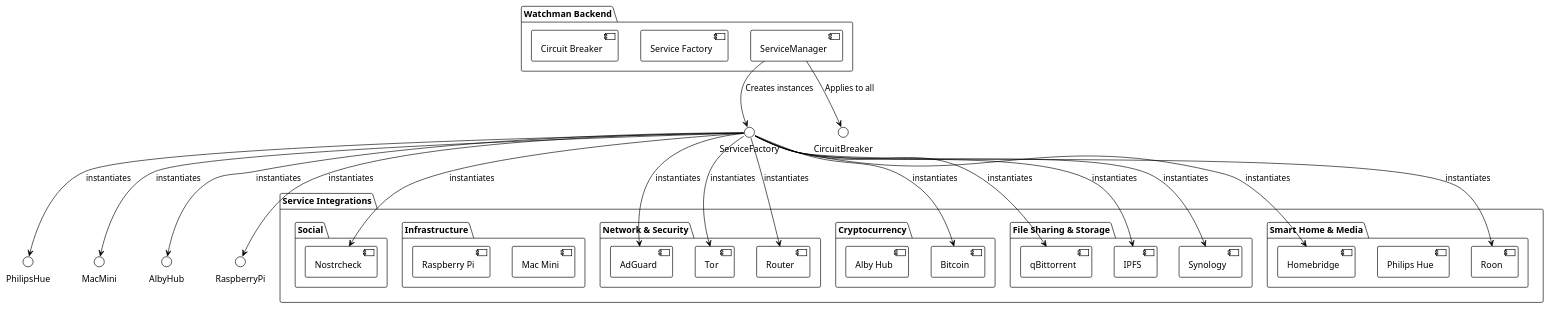
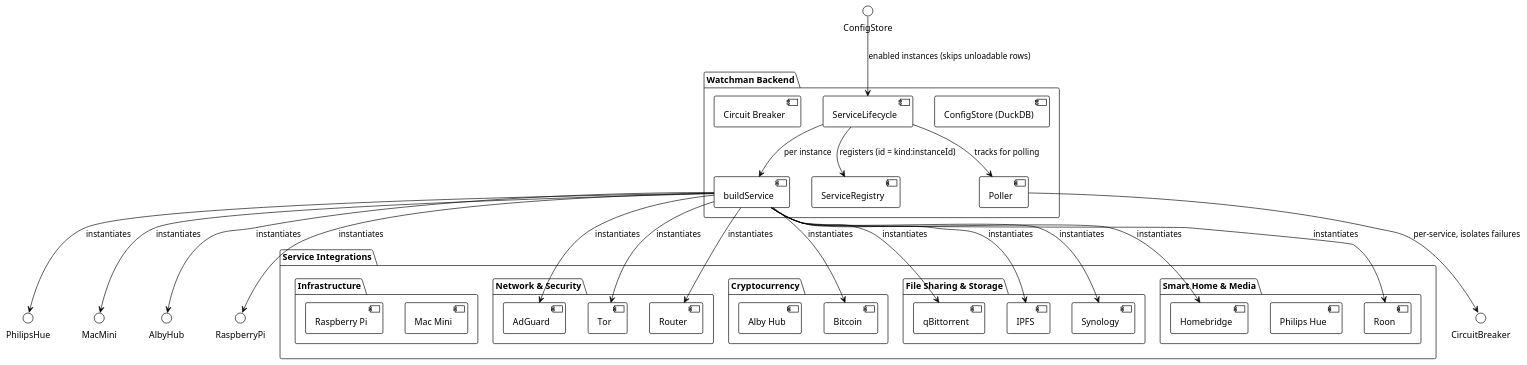
Before and after one commit to EraPartner/Watchman: the first of 3 diagrams in docs/integrations/index.md, drawn with PlantUML. The commit also changed other lines of this file and 30 other files, not shown here.

First line of the commit message:
docs: sync service integration, setup, and architecture docs with code

````diff
--- a/docs/integrations/index.md
+++ b/docs/integrations/index.md
@@ -75,63 +90,64 @@
 ```plantuml
 @startuml
 !theme plain
 
 package "Watchman Backend" {
-    [ServiceManager]
-    [Service Factory]
+    [ConfigStore (DuckDB)]
+    [ServiceLifecycle]
+    [buildService]
+    [ServiceRegistry]
+    [Poller]
     [Circuit Breaker]
 }
 
 package "Service Integrations" {
     package "Network & Security" {
         [AdGuard]
         [Tor]
         [Router]
     }
 
     package "Cryptocurrency" {
         [Bitcoin]
         [Alby Hub]
     }
 
     package "File Sharing & Storage" {
         [qBittorrent]
         [IPFS]
         [Synology]
     }
 
     package "Smart Home & Media" {
         [Homebridge]
         [Philips Hue]
         [Roon]
     }
 
     package "Infrastructure" {
         [Mac Mini]
         [Raspberry Pi]
     }
-
-    package "Social" {
-        [Nostrcheck]
-    }
 }
 
-ServiceManager --> ServiceFactory : Creates instances
-ServiceFactory --> AdGuard : instantiates
-ServiceFactory --> Bitcoin : instantiates
-ServiceFactory --> Tor : instantiates
-ServiceFactory --> qBittorrent : instantiates
-ServiceFactory --> IPFS : instantiates
-ServiceFactory --> Synology : instantiates
-ServiceFactory --> Roon : instantiates
-ServiceFactory --> PhilipsHue : instantiates
-ServiceFactory --> Homebridge : instantiates
-ServiceFactory --> MacMini : instantiates
-ServiceFactory --> AlbyHub : instantiates
-ServiceFactory --> RaspberryPi : instantiates
-ServiceFactory --> Router : instantiates
-ServiceFactory --> Nostrcheck : instantiates
+ConfigStore --> ServiceLifecycle : enabled instances (skips unloadable rows)
+ServiceLifecycle --> buildService : per instance
+buildService --> AdGuard : instantiates
+buildService --> Bitcoin : instantiates
+buildService --> Tor : instantiates
+buildService --> qBittorrent : instantiates
+buildService --> IPFS : instantiates
+buildService --> Synology : instantiates
+buildService --> Roon : instantiates
+buildService --> PhilipsHue : instantiates
+buildService --> Homebridge : instantiates
+buildService --> MacMini : instantiates
+buildService --> AlbyHub : instantiates
+buildService --> RaspberryPi : instantiates
+buildService --> Router : instantiates
 
-ServiceManager --> CircuitBreaker : Applies to all
+ServiceLifecycle --> ServiceRegistry : registers (id = kind:instanceId)
+ServiceLifecycle --> Poller : tracks for polling
+Poller --> CircuitBreaker : per-service, isolates failures
 @enduml
 ```
````
